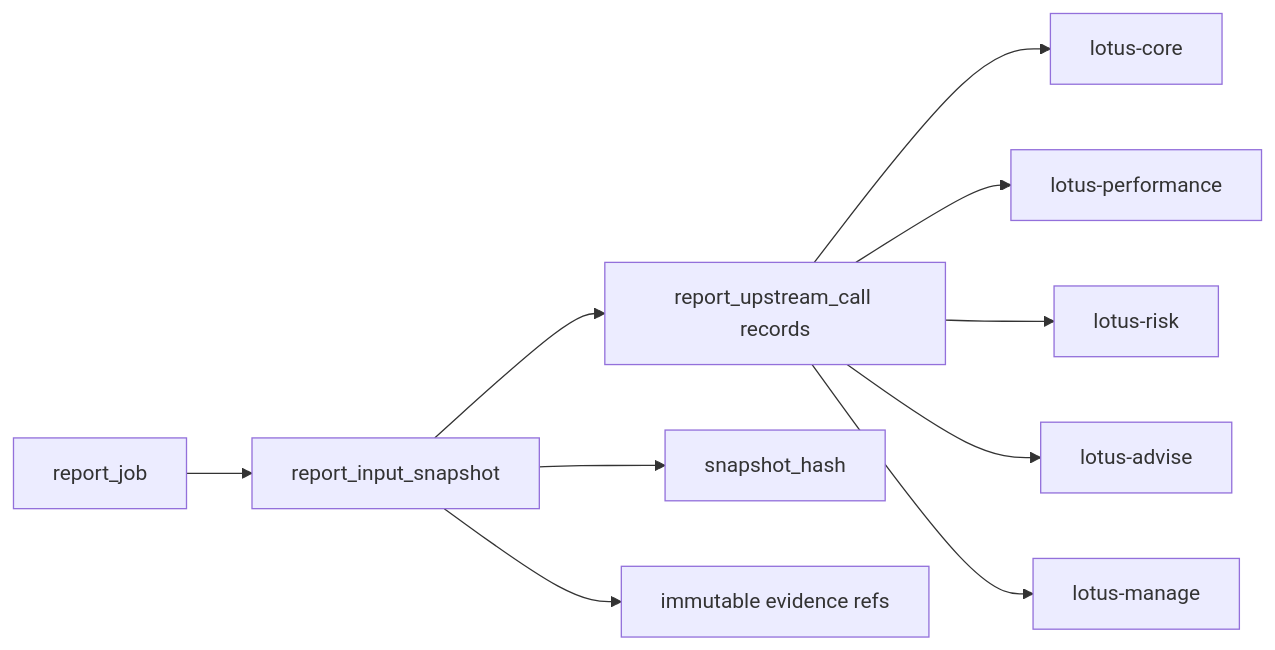
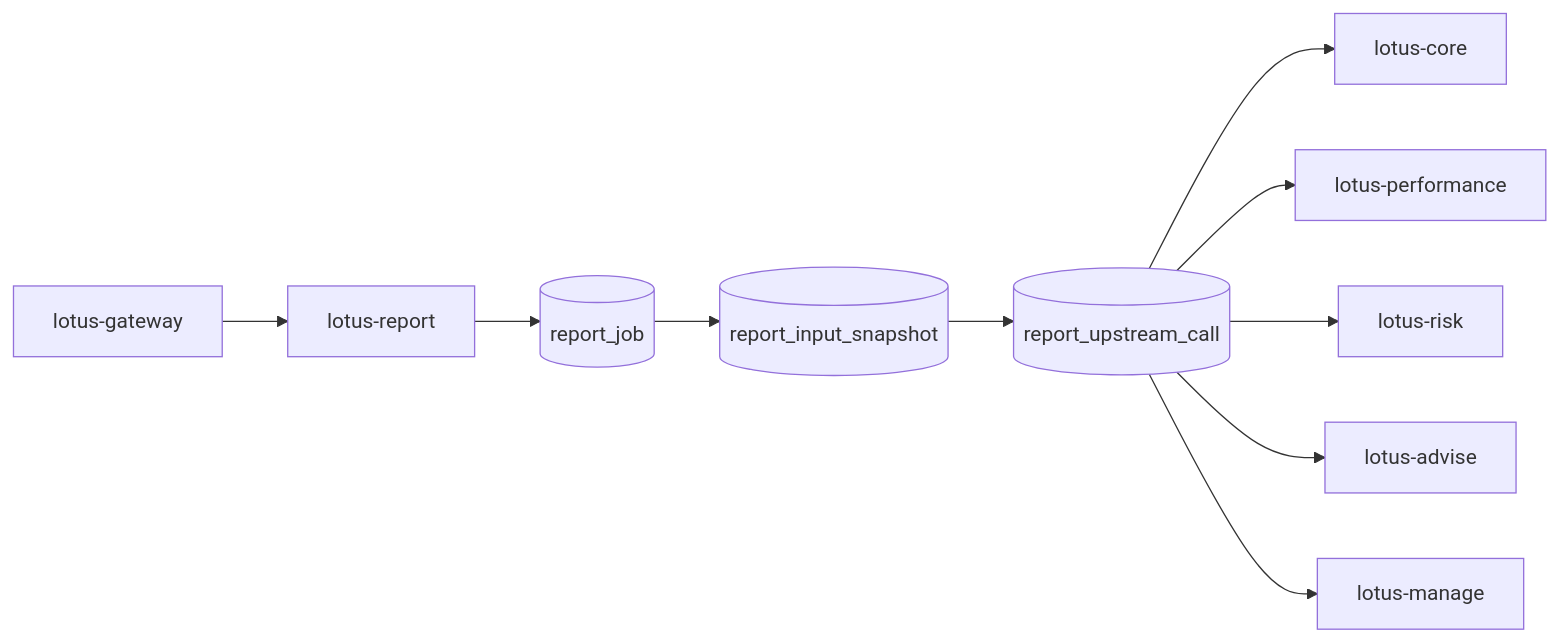
Before and after one commit to sgajbi/lotus-platform: the diagram in rfcs/RFC-0101-report-data-snapshot-and-lineage-contracts.md, drawn with Mermaid. The commit also changed other lines of this file, not shown here.

````diff
--- a/rfcs/RFC-0101-report-data-snapshot-and-lineage-contracts.md
+++ b/rfcs/RFC-0101-report-data-snapshot-and-lineage-contracts.md
@@ -77,12 +117,12 @@
 ```mermaid
 flowchart LR
-    JOB[report_job] --> SNAP[report_input_snapshot]
-    SNAP --> CALLS[report_upstream_call records]
+    GW[lotus-gateway] --> REPORT[lotus-report]
+    REPORT --> JOB[(report_job)]
+    JOB --> SNAP[(report_input_snapshot)]
+    SNAP --> CALLS[(report_upstream_call)]
     CALLS --> CORE[lotus-core]
     CALLS --> PERF[lotus-performance]
     CALLS --> RISK[lotus-risk]
     CALLS --> ADVISE[lotus-advise]
     CALLS --> MANAGE[lotus-manage]
-    SNAP --> HASH[snapshot_hash]
-    SNAP --> REFS[immutable evidence refs]
 ```
````
